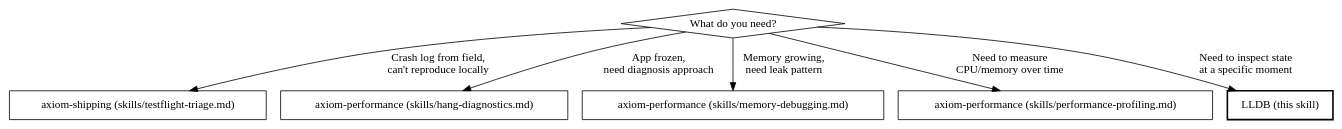
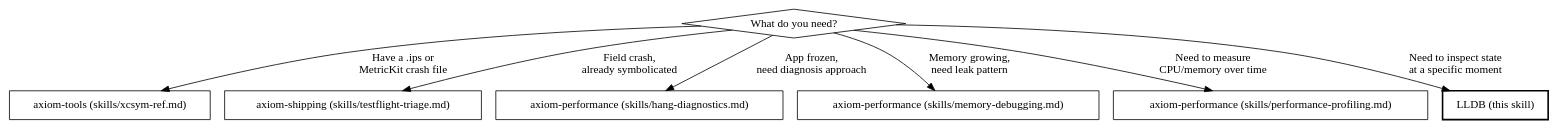
The diagram in .claude-plugin/plugins/axiom/skills/axiom-build/skills/lldb.md (CharlesWiltgen/Axiom), drawn with Graphviz before and after one commit. The commit also changed other lines of this file and 26 other files, not shown here.

First line of the commit message:
feat(xcsym): wire xcsym into crash-adjacent agents and skills

````diff
--- a/.claude-plugin/plugins/axiom/skills/axiom-build/skills/lldb.md
+++ b/.claude-plugin/plugins/axiom/skills/axiom-build/skills/lldb.md
@@ -27,17 +28,19 @@
 ```dot
 digraph tool_selection {
     "What do you need?" [shape=diamond];
 
+    "axiom-tools (skills/xcsym-ref.md)" [shape=box];
     "axiom-shipping (skills/testflight-triage.md)" [shape=box];
     "axiom-performance (skills/hang-diagnostics.md)" [shape=box];
     "axiom-performance (skills/memory-debugging.md)" [shape=box];
     "axiom-performance (skills/performance-profiling.md)" [shape=box];
     "LLDB (this skill)" [shape=box, style=bold];
 
-    "What do you need?" -> "axiom-shipping (skills/testflight-triage.md)" [label="Crash log from field,\ncan't reproduce locally"];
+    "What do you need?" -> "axiom-tools (skills/xcsym-ref.md)" [label="Have a .ips or\nMetricKit crash file"];
+    "What do you need?" -> "axiom-shipping (skills/testflight-triage.md)" [label="Field crash,\nalready symbolicated"];
     "What do you need?" -> "axiom-performance (skills/hang-diagnostics.md)" [label="App frozen,\nneed diagnosis approach"];
     "What do you need?" -> "axiom-performance (skills/memory-debugging.md)" [label="Memory growing,\nneed leak pattern"];
     "What do you need?" -> "axiom-performance (skills/performance-profiling.md)" [label="Need to measure\nCPU/memory over time"];
     "What do you need?" -> "LLDB (this skill)" [label="Need to inspect state\nat a specific moment"];
 }
 ```
````
